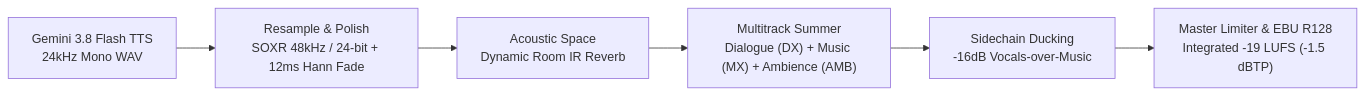
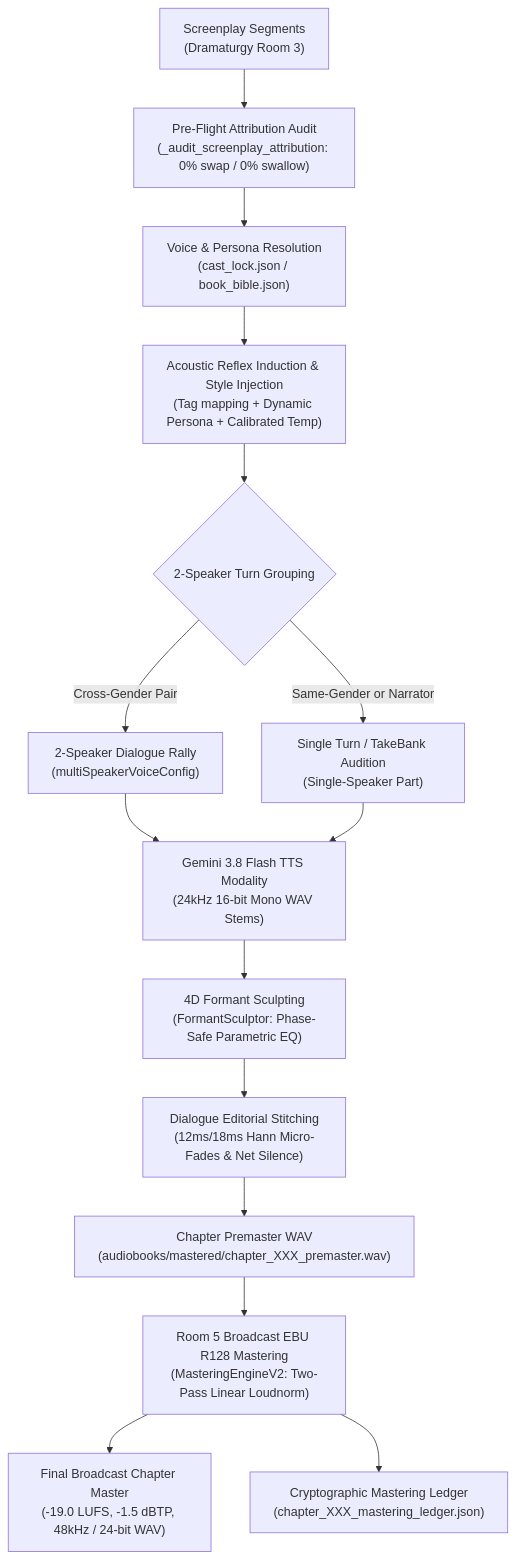
The third of 3 diagrams in docs/GEMINI_TTS_SYNTHESIS_AND_DIRECTING.md (naksh-07/audiobook-studio), drawn with Mermaid before and after one commit. The commit also changed other lines of this file and 44 other files, not shown here.

Commit message:
feat(mastering): implement Studio 10/10 broadcast vocal mastering engine with dynamic de-esser, ACX room tone framing and two-stage dynamics (ADR-031/032)

````diff
--- a/docs/GEMINI_TTS_SYNTHESIS_AND_DIRECTING.md
+++ b/docs/GEMINI_TTS_SYNTHESIS_AND_DIRECTING.md
@@ -568,8 +658,16 @@
 ```mermaid
-graph LR
-    A["Gemini 3.8 Flash TTS<br/>24kHz Mono WAV"] --> B["Resample & Polish<br/>SOXR 48kHz / 24-bit + 12ms Hann Fade"]
-    B --> C["Acoustic Space<br/>Dynamic Room IR Reverb"]
-    C --> D["Multitrack Summer<br/>Dialogue (DX) + Music (MX) + Ambience (AMB)"]
-    D --> E["Sidechain Ducking<br/>-16dB Vocals-over-Music"]
-    E --> F["Master Limiter & EBU R128<br/>Integrated -19 LUFS (-1.5 dBTP)"]
+flowchart TD
+    Script["Screenplay Segments<br/>(Dramaturgy Room 3)"] --> Audit["Pre-Flight Attribution Audit<br/>(_audit_screenplay_attribution: 0% swap / 0% swallow)"]
+    Audit --> Resolve["Voice & Persona Resolution<br/>(cast_lock.json / book_bible.json)"]
+    Resolve --> Reflex["Acoustic Reflex Induction & Style Injection<br/>(Tag mapping + Dynamic Persona + Calibrated Temp)"]
+    Reflex --> RallyGating{"2-Speaker Turn Grouping"}
+    RallyGating -->|Cross-Gender Pair| Rally["2-Speaker Dialogue Rally<br/>(multiSpeakerVoiceConfig)"]
+    RallyGating -->|Same-Gender or Narrator| Single["Single Turn / TakeBank Audition<br/>(Single-Speaker Part)"]
+    Rally & Single --> Synth["Gemini 3.8 Flash TTS Modality<br/>(24kHz 16-bit Mono WAV Stems)"]
+    Synth --> Formant["4D Formant Sculpting<br/>(FormantSculptor: Phase-Safe Parametric EQ)"]
+    Formant --> Stitch["Dialogue Editorial Stitching<br/>(12ms/18ms Hann Micro-Fades & Net Silence)"]
+    Stitch --> Premaster["Chapter Premaster WAV<br/>(audiobooks/mastered/chapter_XXX_premaster.wav)"]
+    Premaster --> Room5["Room 5 Broadcast EBU R128 Mastering<br/>(MasteringEngineV2: Two-Pass Linear Loudnorm)"]
+    Room5 --> MasterOut["Final Broadcast Chapter Master<br/>(-19.0 LUFS, -1.5 dBTP, 48kHz / 24-bit WAV)"]
+    Room5 --> Ledger["Cryptographic Mastering Ledger<br/>(chapter_XXX_mastering_ledger.json)"]
 ```
````
